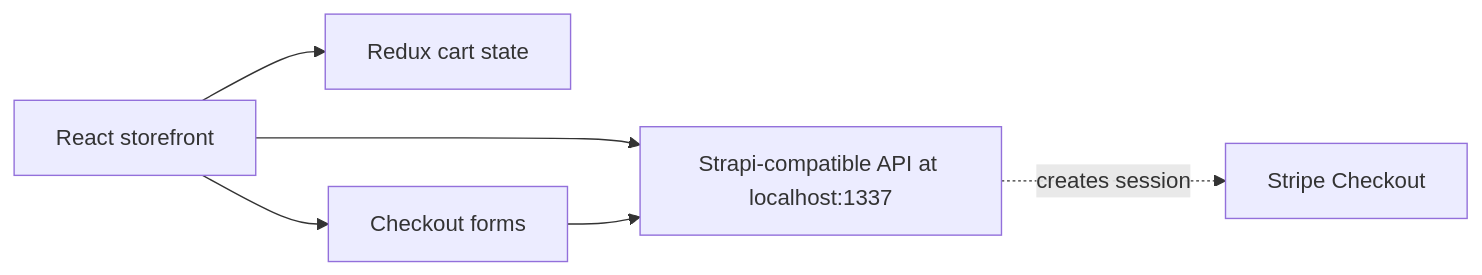
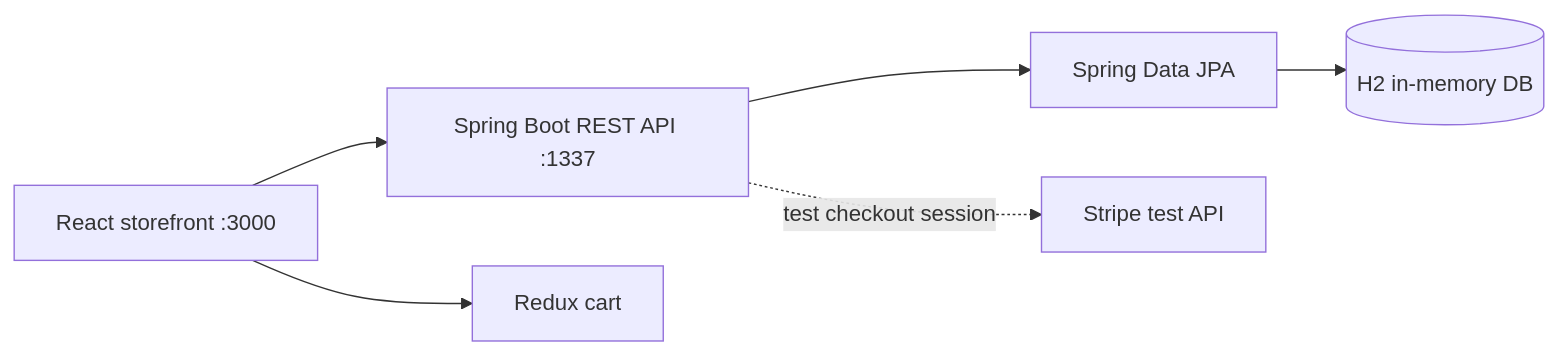
One commit to davidtshisekedi89/ladybag changed the diagram in README.md. Above: the diagram before and after it, drawn with Mermaid. The commit also changed other lines of this file, not shown here.

Commit message:
Document full-stack Ladybag Spring Boot backend and local API setup

````diff
--- a/README.md
+++ b/README.md
@@ -22,8 +18,8 @@
 ```mermaid
 flowchart LR
-    Browser[React storefront] --> Redux[Redux cart state]
-    Browser --> API[Strapi-compatible API at localhost:1337]
-    Browser --> Checkout[Checkout forms]
-    Checkout --> API
-    API -. creates session .-> Stripe[Stripe Checkout]
+  Browser[React storefront :3000] --> API[Spring Boot REST API :1337]
+  Browser --> Redux[Redux cart]
+  API --> JPA[Spring Data JPA]
+  JPA --> H2[(H2 in-memory DB)]
+  API -. test checkout session .-> Stripe[Stripe test API]
 ```
````
